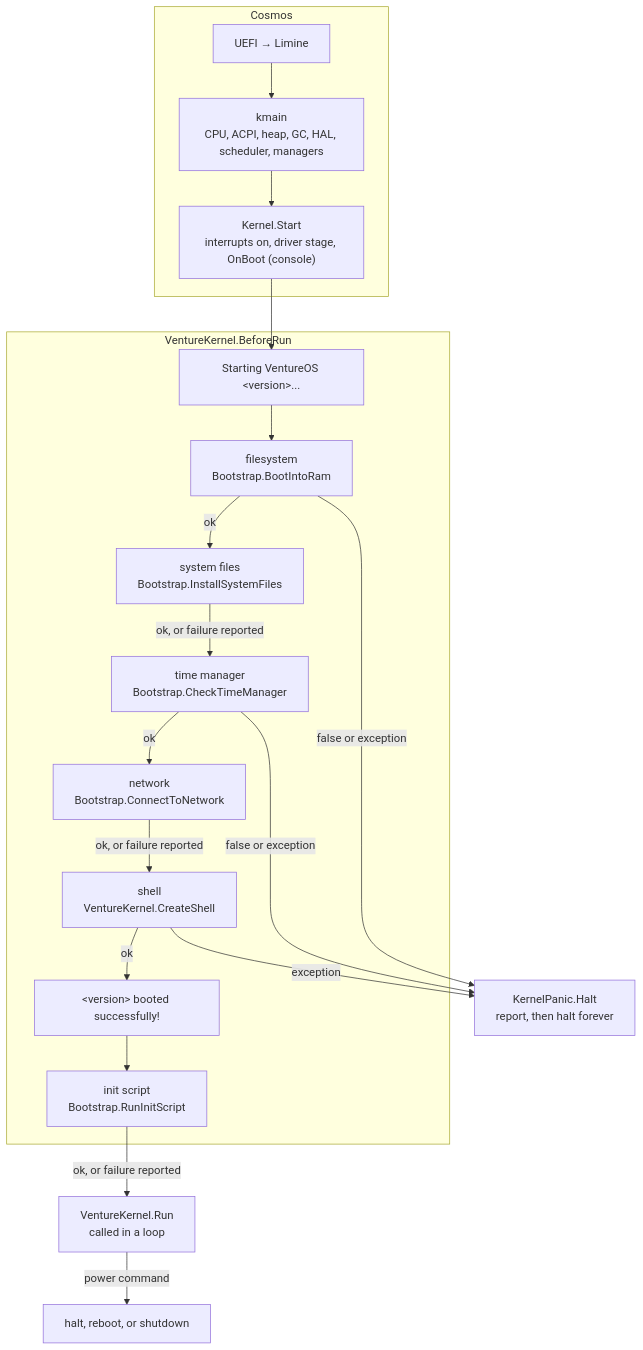
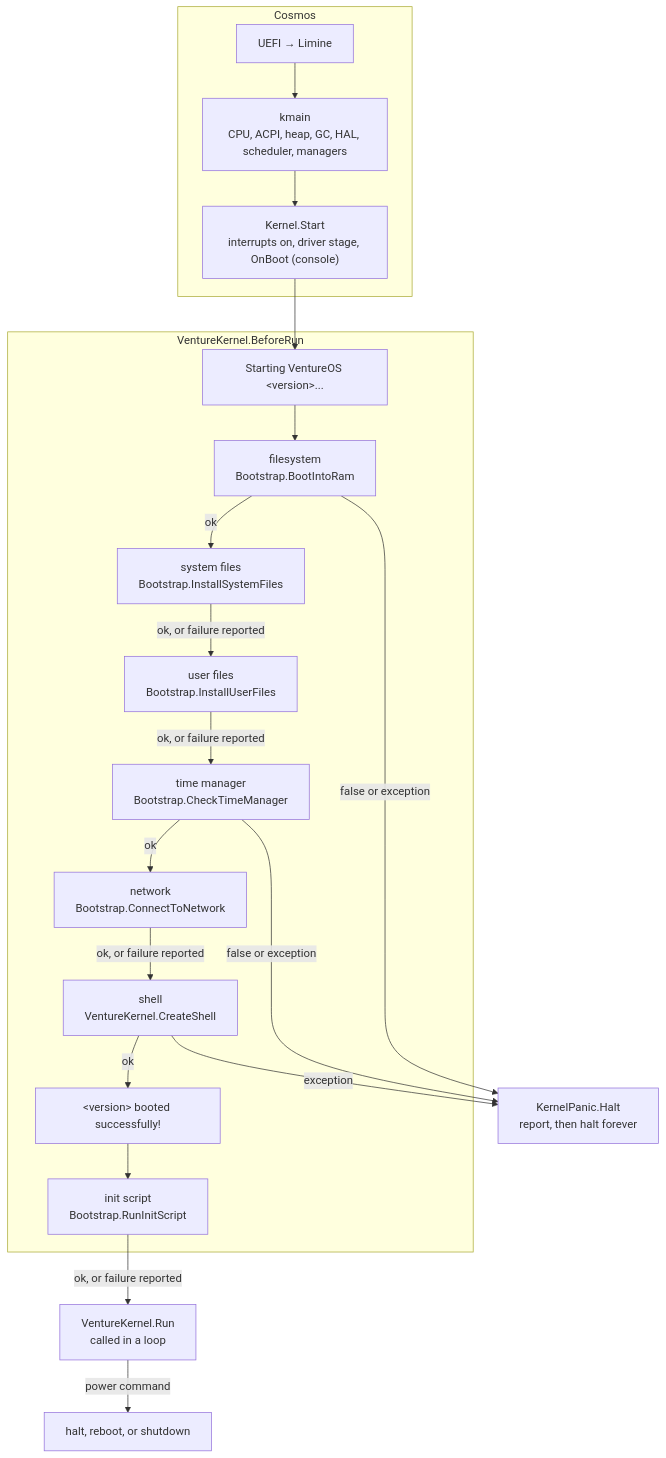
Before and after one commit to tonytins/VentureOS: the second of 3 diagrams in docs/architecture.md, drawn with Mermaid. The commit also changed other lines of this file and 18 other files, not shown here.

````diff
--- a/docs/architecture.md
+++ b/docs/architecture.md
@@ -272,38 +275,40 @@
 ```mermaid
 flowchart TD
     subgraph Cosmos
         Firmware["UEFI → Limine"]
         Kmain["kmain<br/>CPU, ACPI, heap, GC, HAL, scheduler, managers"]
         Start["Kernel.Start<br/>interrupts on, driver stage, OnBoot (console)"]
         Firmware --> Kmain --> Start
     end
 
     subgraph BeforeRun["VentureKernel.BeforeRun"]
         Version["Starting VentureOS &lt;version&gt;..."]
         Fs["filesystem<br/>Bootstrap.BootIntoRam"]
         SysFiles["system files<br/>Bootstrap.InstallSystemFiles"]
+        UserFiles["user files<br/>Bootstrap.InstallUserFiles"]
         Timer["time manager<br/>Bootstrap.CheckTimeManager"]
         Net["network<br/>Bootstrap.ConnectToNetwork"]
         ShellStep["shell<br/>VentureKernel.CreateShell"]
         Banner["&lt;version&gt; booted successfully!"]
         Init["init script<br/>Bootstrap.RunInitScript"]
         Version --> Fs
         Fs -- ok --> SysFiles
-        SysFiles -- "ok, or failure reported" --> Timer
+        SysFiles -- "ok, or failure reported" --> UserFiles
+        UserFiles -- "ok, or failure reported" --> Timer
         Timer -- ok --> Net
         Net -- "ok, or failure reported" --> ShellStep
         ShellStep -- ok --> Banner
         Banner --> Init
     end
 
     Panic["KernelPanic.Halt<br/>report, then halt forever"]
     Run["VentureKernel.Run<br/>called in a loop"]
     Halt["halt, reboot, or shutdown"]
 
     Start --> Version
     Fs -- "false or exception" --> Panic
     Timer -- "false or exception" --> Panic
     ShellStep -- exception --> Panic
     Init -- "ok, or failure reported" --> Run
     Run -- "power command" --> Halt
 ```
````
